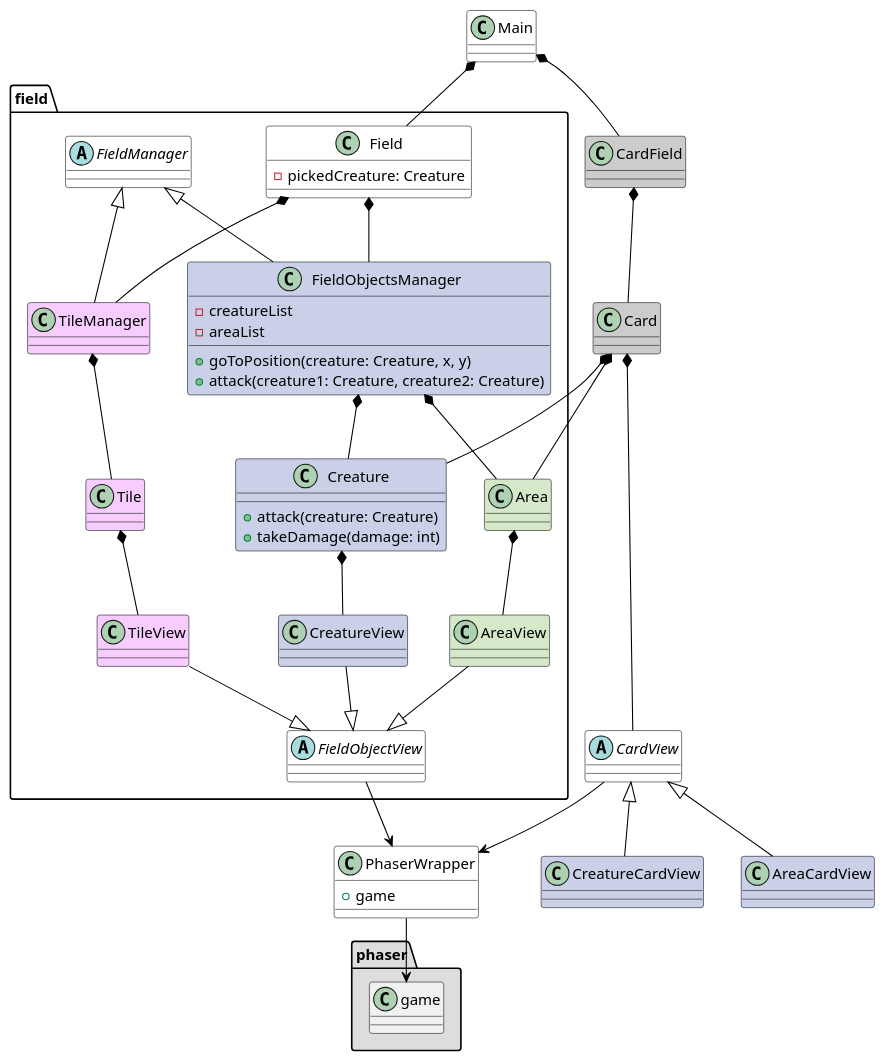
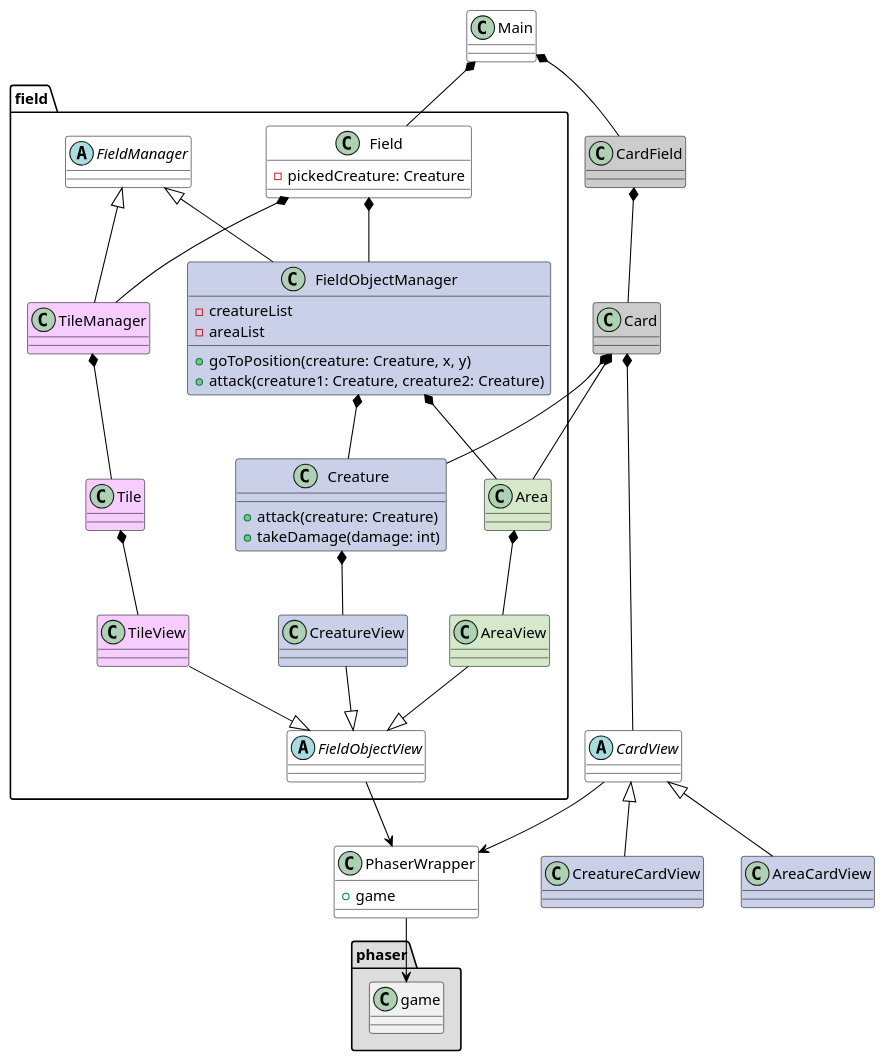
One commit to gamesFTW/phaser-card-game-client changed the diagram in uml/base.puml. Above: the diagram before and after it, drawn with PlantUML. The commit also changed 13 other files, not shown here.

```diff
--- a/uml/base.puml
+++ b/uml/base.puml
@@ -1,116 +1,114 @@
 @startuml
 
 skinparam class {
 	ArrowColor black
 	BorderColor black
 }
 
 skinparam stereotypeCBackgroundColor YellowGreen
 skinparam shadowing false
 
 class Main #ffffff
 
 Main *-- field.Field
 Main *-- CardField
 
 
 ''' Про это смотри cards.puml, тут очень упощеная ее часть
 class CardField #cccccc
 CardField *-- Card
 
 
 class Card #cccccc
 Card *-- field.Creature
 Card *-- field.Area
 Card *-- CardView
 
 
 class CreatureCardView #CAD0E8
 CardView <|-- CreatureCardView
 
 
 class AreaCardView #CAD0E8
 CardView <|-- AreaCardView
 
 
 abstract class CardView #ffffff
 CardView --> PhaserWrapper
 
 
 class PhaserWrapper #ffffff {
     + game
 }
 PhaserWrapper --> phaser.game
 
 
 package "field" {
     abstract class FieldManager #ffffff
 
 
     abstract class FieldObjectView #ffffff
     FieldObjectView <|-up- TileView
     FieldObjectView <|-up- CreatureView
     FieldObjectView <|-up- AreaView
     FieldObjectView --> .PhaserWrapper
 
 
     class Field #ffffff {
         - pickedCreature: Creature
     }
     Field *-- TileManager
-    Field *-- FieldObjectsManager
+    Field *-- FieldObjectManager
 
 
     '''Tile'''
     class TileManager #F7CDFF
     FieldManager <|-- TileManager
     TileManager *-- Tile
 
 
     class Tile #F7CDFF
     Tile *-- TileView
 
 
     class TileView #F7CDFF
 
 
     '''Creature'''
-    class FieldObjectsManager #CAD0E8 {
+    class FieldObjectManager #CAD0E8 {
         - creatureList
         - areaList
         + goToPosition(creature: Creature, x, y)
         + attack(creature1: Creature, creature2: Creature)
     }
-    FieldManager <|-- FieldObjectsManager
-    FieldObjectsManager *-- Creature
+    FieldManager <|-- FieldObjectManager
+    FieldObjectManager *-- Creature
 
 
     class Creature #CAD0E8 {
         + attack(creature: Creature)
         + takeDamage(damage: int)
     }
     Creature *-- CreatureView
 
 
     class CreatureView #CAD0E8
 
 
-
-
     '''Area'''
-    FieldObjectsManager *-- Area
+    FieldObjectManager *-- Area
 
 
     class Area #D6E8CA
     Area *-- AreaView
 
 
     class AreaView #D6E8CA
 
 }
 
 
 package "phaser" #DDDDDD {
     class game
 }
 @enduml
```
